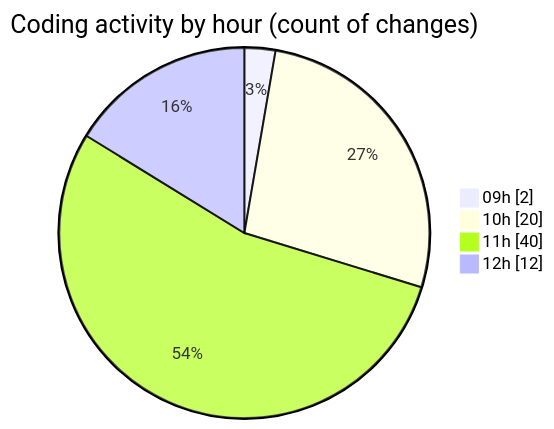
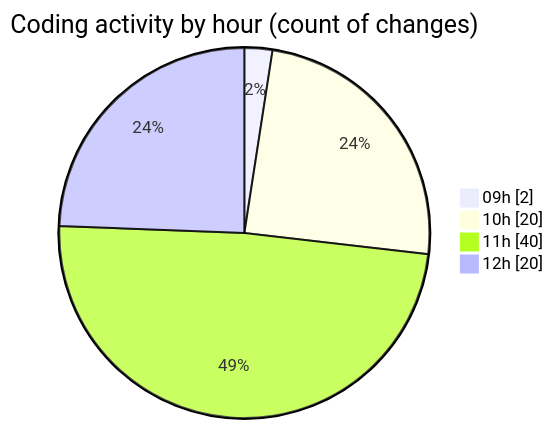
The second of 2 diagrams in 2025-06-13/cda/README.md (momahboobian/code-tracking), drawn with Mermaid before and after one commit. The commit also changed other lines of this file and 1 other file, not shown here.

````diff
--- a/2025-06-13/cda/README.md
+++ b/2025-06-13/cda/README.md
@@ -33,8 +33,8 @@
 ```mermaid
 pie showData
 title Coding activity by hour (count of changes)
 "09h" : 2
 "10h" : 20
 "11h" : 40
-"12h" : 12
+"12h" : 20
 ```
````
